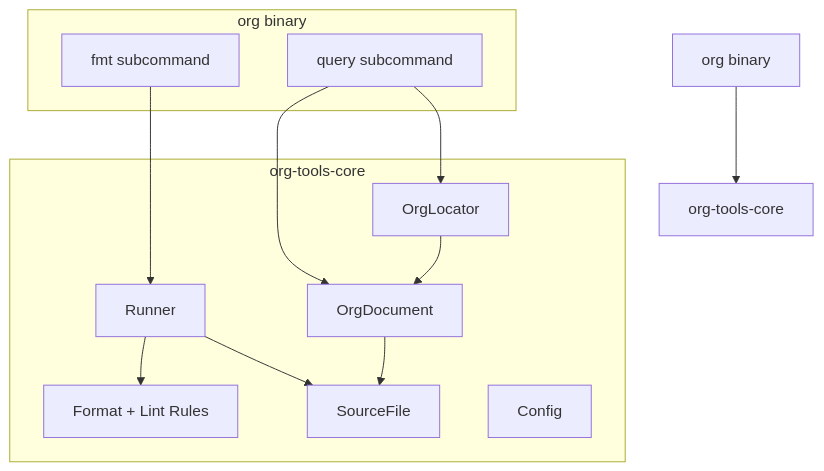
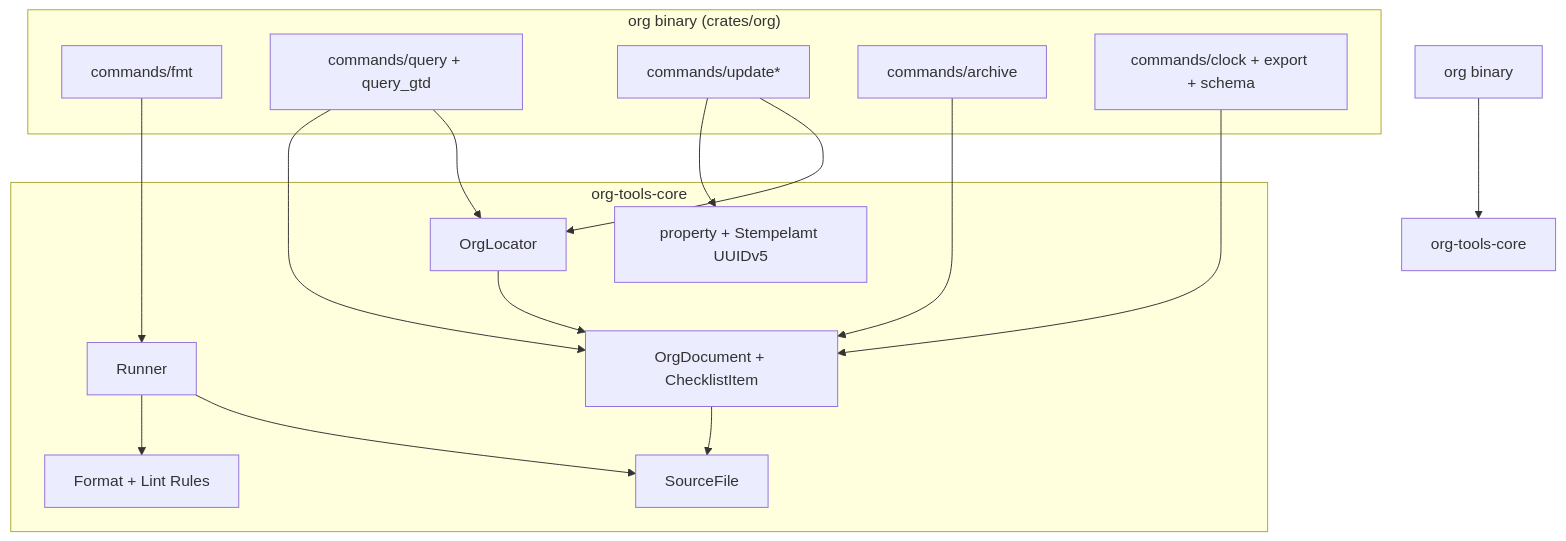
Before and after one commit to lino/org-tools: the second of 4 diagrams in docs/technical/architecture.org, drawn with Mermaid. The commit also changed other lines of this file and 37 other files, not shown here.

```diff
--- a/docs/technical/architecture.org
+++ b/docs/technical/architecture.org
@@ -123,23 +130,30 @@
 #+begin_src mermaid :file building-blocks-l1.png
 graph TD
     OrgBin["org binary"] --> Core["org-tools-core"]
-    subgraph "org binary"
-        FmtCmd["fmt subcommand"]
-        QueryCmd["query subcommand"]
+    subgraph "org binary (crates/org)"
+        FmtCmd["commands/fmt"]
+        QueryCmd["commands/query + query_gtd"]
+        UpdateCmd["commands/update*"]
+        ArchiveCmd["commands/archive"]
+        ClockExport["commands/clock + export + schema"]
     end
     subgraph "org-tools-core"
         Runner
-        Document["OrgDocument"]
+        Document["OrgDocument + ChecklistItem"]
         Locator["OrgLocator"]
+        Property["property + Stempelamt UUIDv5"]
         Rules["Format + Lint Rules"]
         Source["SourceFile"]
-        Config
     end
     FmtCmd --> Runner
     QueryCmd --> Document
     QueryCmd --> Locator
+    UpdateCmd --> Property
+    UpdateCmd --> Locator
+    ArchiveCmd --> Document
+    ClockExport --> Document
     Runner --> Rules
     Runner --> Source
     Document --> Source
     Locator --> Document
 #+end_src
```
